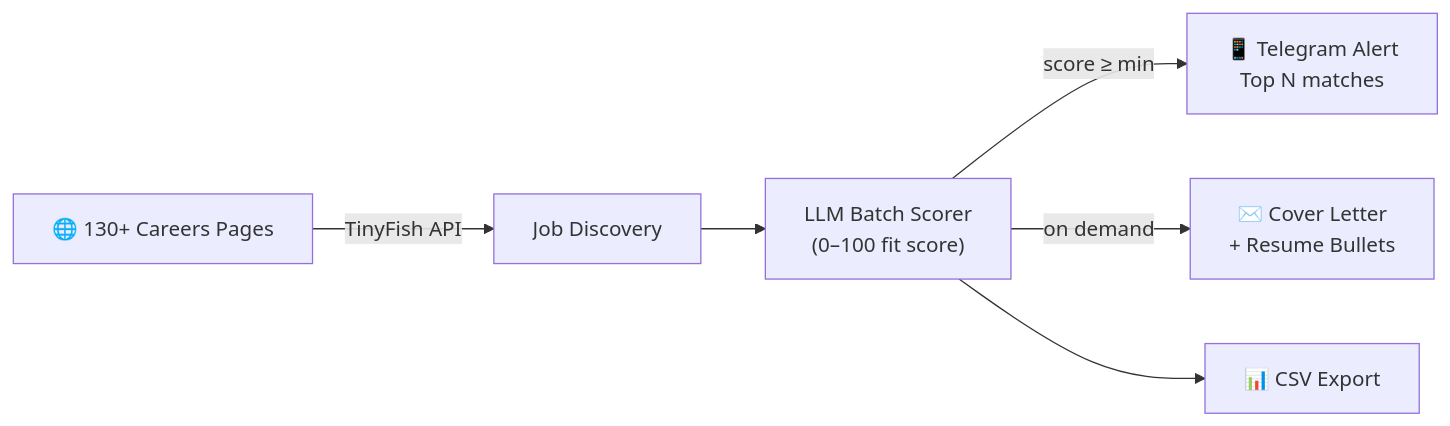
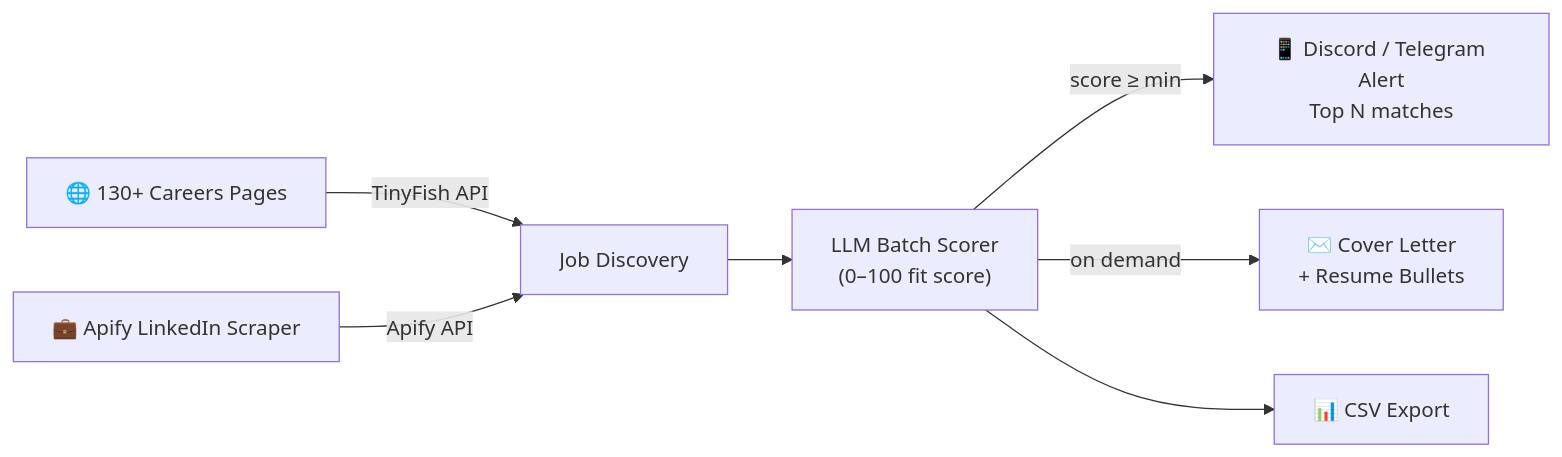
Before and after one commit to wahajnintyeight/autopilot-jobhunt-modified: the diagram in README.md, drawn with Mermaid. The commit also changed other lines of this file and 9 other files, not shown here.

Commit message:
Document Apify LinkedIn source

````diff
--- a/README.md
+++ b/README.md
@@ -35,8 +35,9 @@
 ```mermaid
 flowchart LR
     A["🌐 130+ Careers Pages"] -->|TinyFish API| B["Job Discovery"]
+    X["💼 Apify LinkedIn Scraper"] -->|Apify API| B
     B --> C["LLM Batch Scorer\n(0–100 fit score)"]
-    C -->|score ≥ min| D["📱 Telegram Alert\nTop N matches"]
+    C -->|score ≥ min| D["📱 Discord / Telegram Alert\nTop N matches"]
     C -->|on demand| E["✉️ Cover Letter\n+ Resume Bullets"]
     C --> F["📊 CSV Export"]
 ```
````
